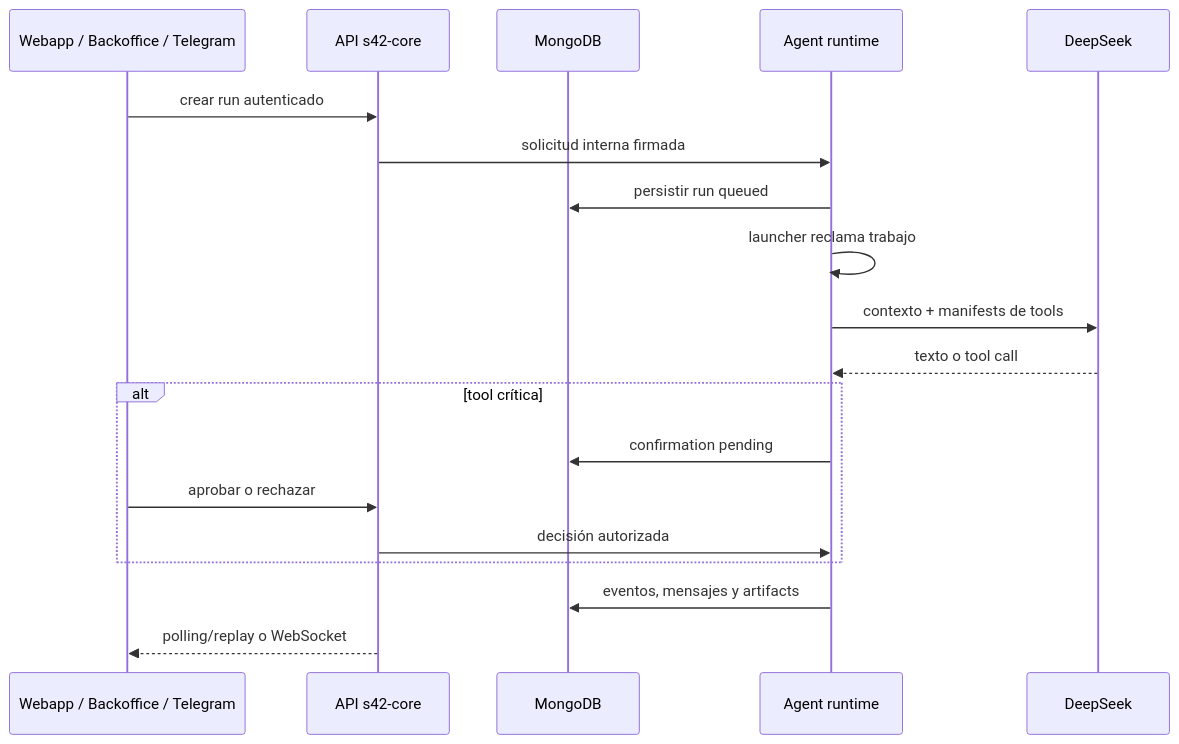
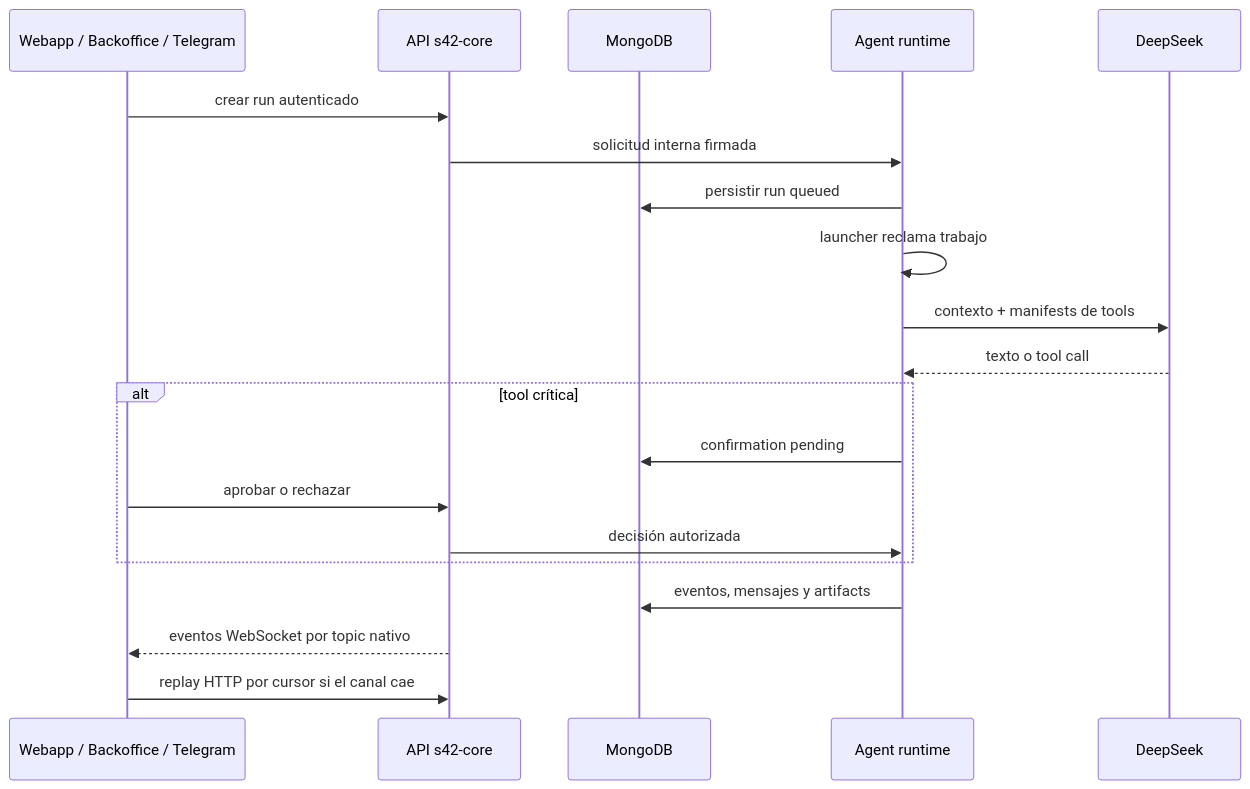
Before and after one commit to stock42/stock42-monorepo-scaffolding: the second of 2 diagrams in README.md, drawn with Mermaid. The commit also changed other lines of this file and 31 other files, not shown here.

````diff
--- a/README.md
+++ b/README.md
@@ -65,22 +65,23 @@
 ```mermaid
 sequenceDiagram
   participant UI as Webapp / Backoffice / Telegram
   participant API as API s42-core
   participant DB as MongoDB
   participant RT as Agent runtime
   participant LLM as DeepSeek
 
   UI->>API: crear run autenticado
   API->>RT: solicitud interna firmada
   RT->>DB: persistir run queued
   RT->>RT: launcher reclama trabajo
   RT->>LLM: contexto + manifests de tools
   LLM-->>RT: texto o tool call
   alt tool crítica
     RT->>DB: confirmation pending
     UI->>API: aprobar o rechazar
     API->>RT: decisión autorizada
   end
   RT->>DB: eventos, mensajes y artifacts
-  API-->>UI: polling/replay o WebSocket
+  API-->>UI: eventos WebSocket por topic nativo
+  UI->>API: replay HTTP por cursor si el canal cae
 ```
````
